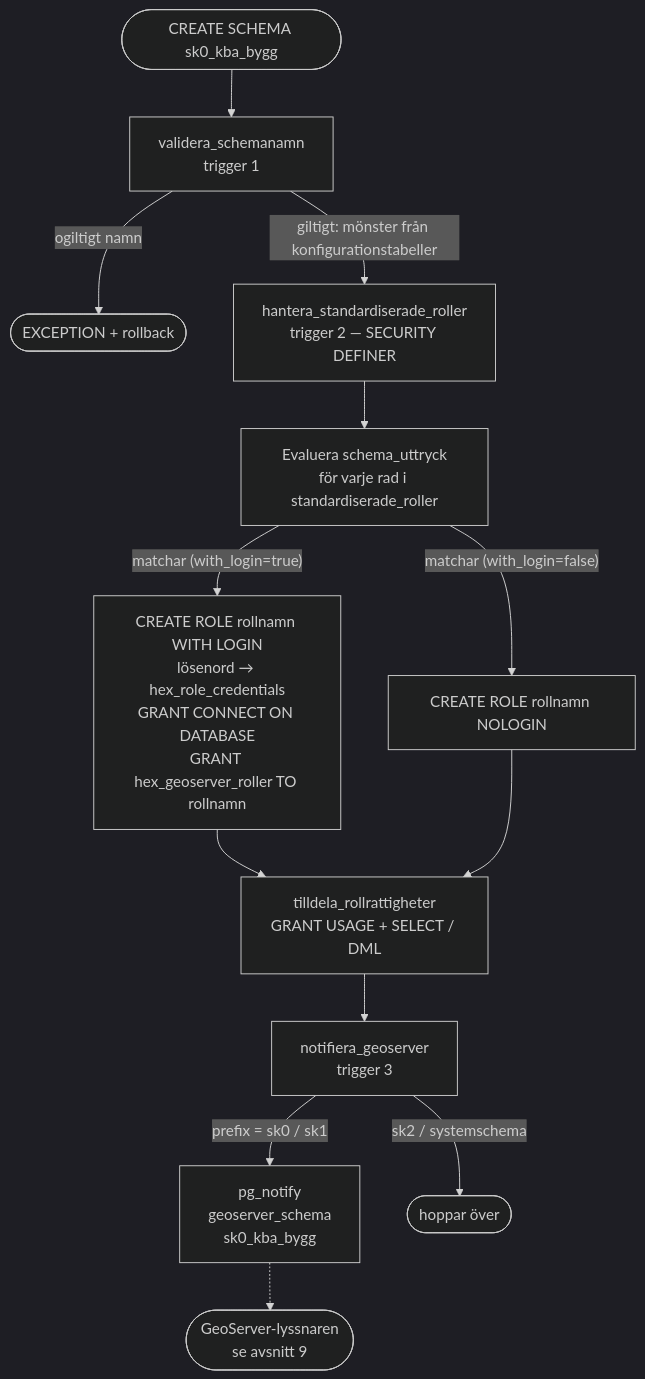
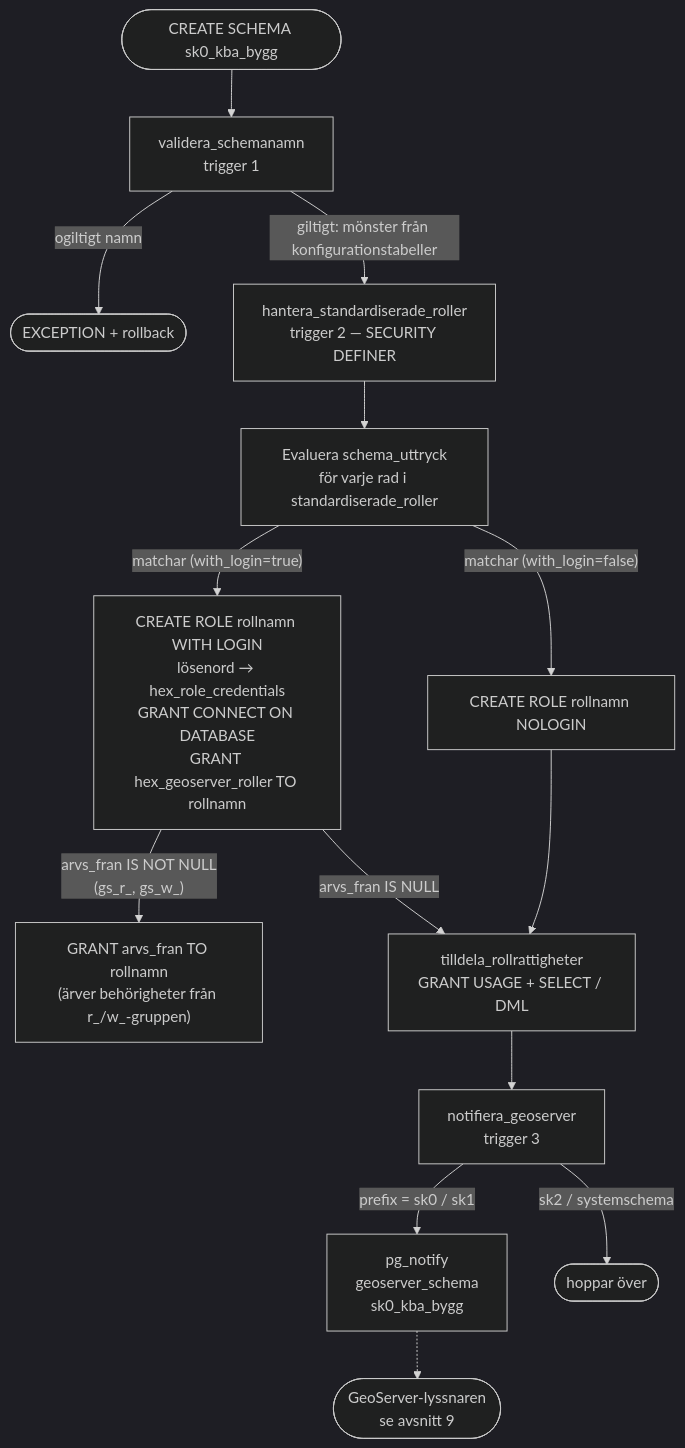
Before and after one commit to Geodata-Kungsbacka/Hex: the second of 9 diagrams in LOGIC_MAP.md, drawn with Mermaid (dark theme). The commit also changed other lines of this file and 3 other files, not shown here.

````diff
--- a/LOGIC_MAP.md
+++ b/LOGIC_MAP.md
@@ -152,19 +155,20 @@
 ```mermaid
 flowchart TD
     START(["CREATE SCHEMA sk0_kba_bygg"])
     START --> VS["validera_schemanamn<br/>trigger 1"]
     VS --> |"ogiltigt namn"| ERRV(["EXCEPTION + rollback"])
     VS --> |"giltigt: mönster från konfigurationstabeller"| HSR
 
     HSR["hantera_standardiserade_roller<br/>trigger 2 — SECURITY DEFINER"]
     HSR --> LOOP["Evaluera schema_uttryck<br/>för varje rad i standardiserade_roller"]
     LOOP --> |"matchar (with_login=true)"| LOGIN["CREATE ROLE rollnamn WITH LOGIN<br/>lösenord → hex_role_credentials<br/>GRANT CONNECT ON DATABASE<br/>GRANT hex_geoserver_roller TO rollnamn"]
     LOOP --> |"matchar (with_login=false)"| NOLOGIN["CREATE ROLE rollnamn NOLOGIN"]
-    LOGIN --> TRR["tilldela_rollrattigheter<br/>GRANT USAGE + SELECT / DML"]
+    LOGIN --> |"arvs_fran IS NOT NULL<br/>(gs_r_, gs_w_)"| ARV["GRANT arvs_fran TO rollnamn<br/>(ärver behörigheter från r_/w_-gruppen)"]
+    LOGIN --> |"arvs_fran IS NULL"| TRR["tilldela_rollrattigheter<br/>GRANT USAGE + SELECT / DML"]
     NOLOGIN --> TRR
 
     TRR --> NG["notifiera_geoserver<br/>trigger 3"]
     NG --> |"prefix = sk0 / sk1"| NOTIFY["pg_notify<br/>geoserver_schema<br/>sk0_kba_bygg"]
     NG --> |"sk2 / systemschema"| SKIP(["hoppar över"])
     NOTIFY -.-> GS(["GeoServer-lyssnaren<br/>se avsnitt 9"])
 ```
````
